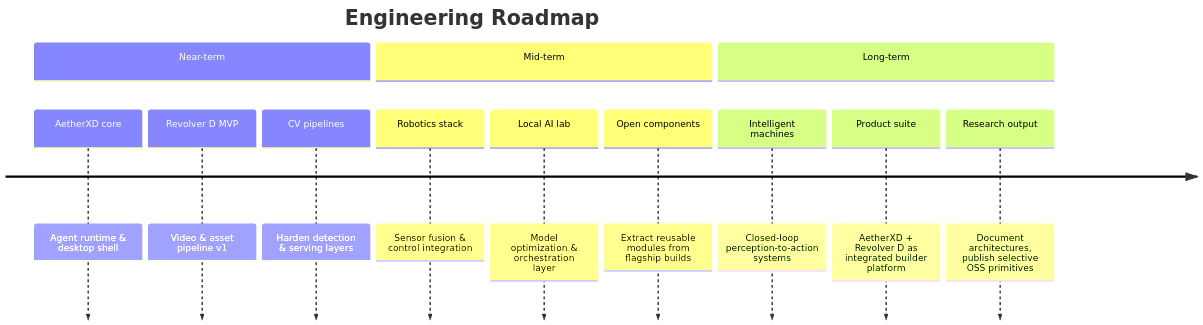
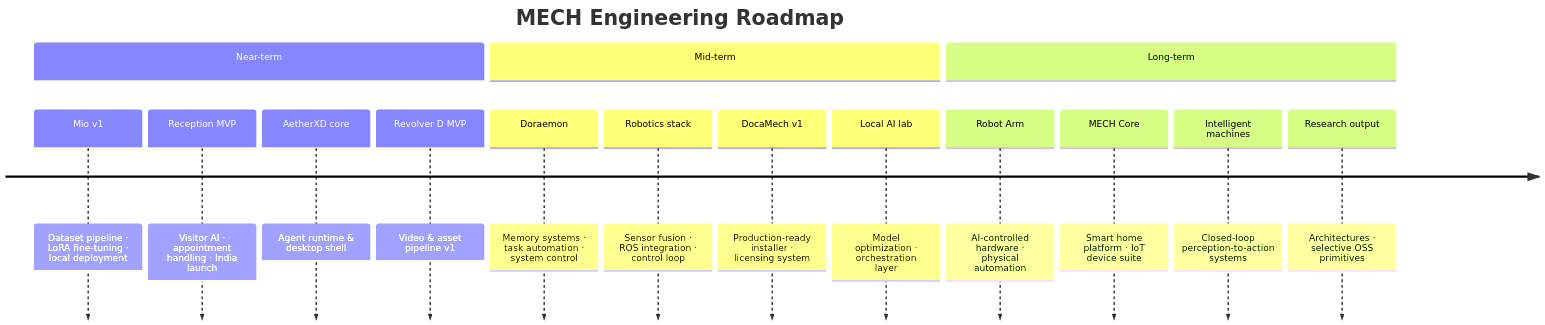
Before and after one commit to brovk2008/brovk2008: the diagram in README.md, drawn with Mermaid. The commit also changed other lines of this file, not shown here.

````diff
--- a/README.md
+++ b/README.md
@@ -224,16 +516,19 @@
 ```mermaid
 timeline
-    title Engineering Roadmap
+    title MECH Engineering Roadmap
     section Near-term
+        Mio v1 : Dataset pipeline · LoRA fine-tuning · local deployment
+        Reception MVP : Visitor AI · appointment handling · India launch
         AetherXD core : Agent runtime & desktop shell
         Revolver D MVP : Video & asset pipeline v1
-        CV pipelines : Harden detection & serving layers
     section Mid-term
-        Robotics stack : Sensor fusion & control integration
-        Local AI lab : Model optimization & orchestration layer
-        Open components : Extract reusable modules from flagship builds
+        Doraemon : Memory systems · task automation · system control
+        Robotics stack : Sensor fusion · ROS integration · control loop
+        DocaMech v1 : Production-ready installer · licensing system
+        Local AI lab : Model optimization · orchestration layer
     section Long-term
+        Robot Arm : AI-controlled hardware · physical automation
+        MECH Core : Smart home platform · IoT device suite
         Intelligent machines : Closed-loop perception-to-action systems
-        Product suite : AetherXD + Revolver D as integrated builder platform
-        Research output : Document architectures, publish selective OSS primitives
+        Research output : Architectures · selective OSS primitives
 ```
````
